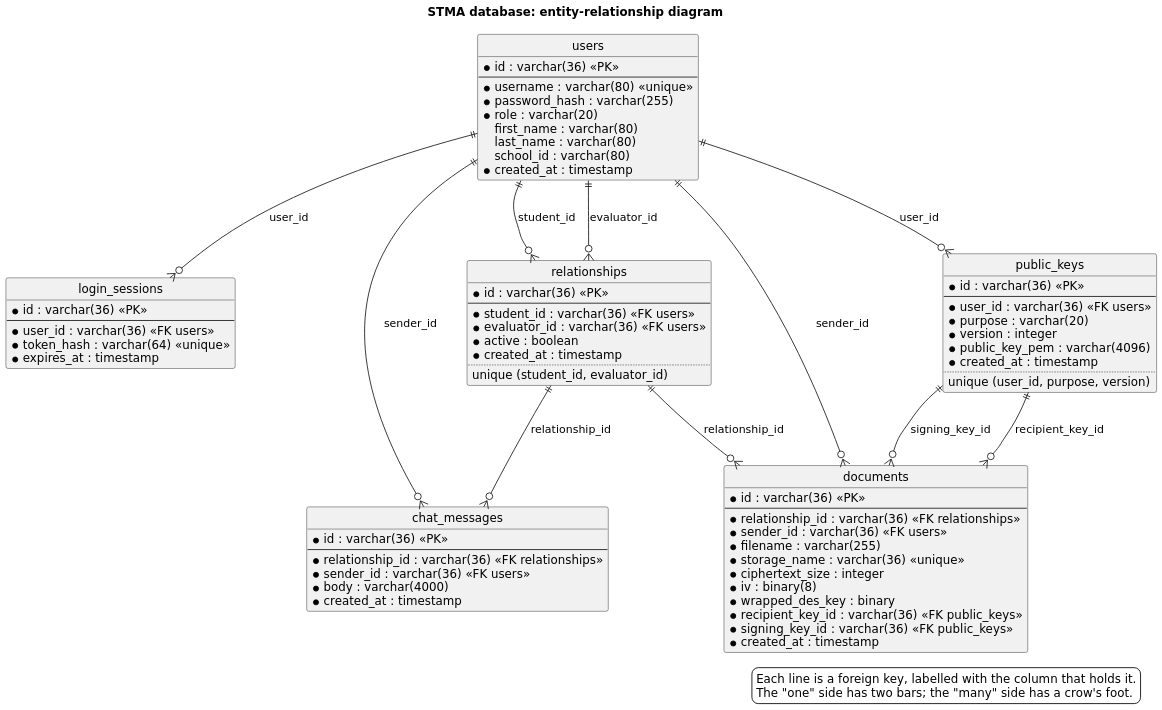
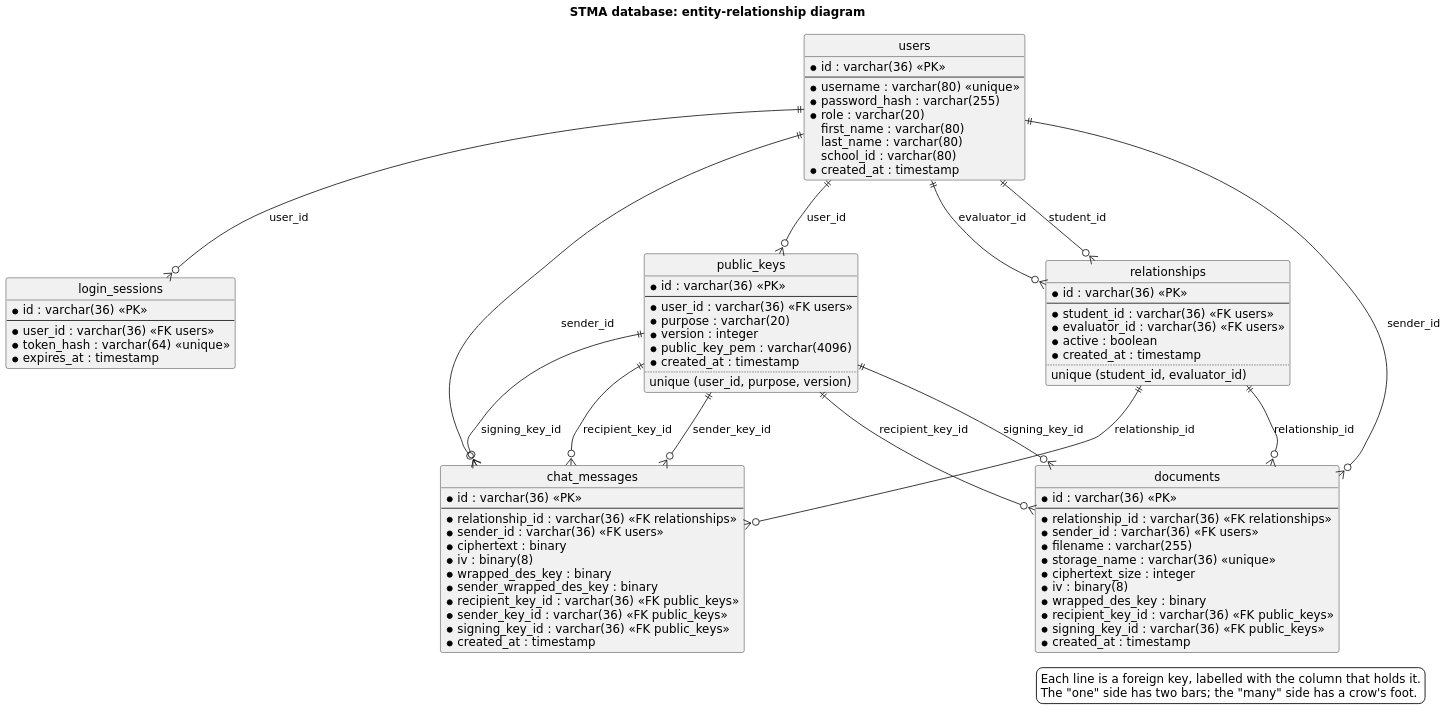
The diagram in docs/diagrams/03-database-er.puml (utku-helvaci/CMPE455), drawn with PlantUML before and after one commit. The commit also changed 18 other files, not shown here.

```diff
--- a/docs/diagrams/03-database-er.puml
+++ b/docs/diagrams/03-database-er.puml
@@ -1,94 +1,103 @@
 @startuml 03-database-er
 skinparam dpi 150
 skinparam shadowing false
 skinparam backgroundColor white
 skinparam defaultFontName DejaVu Sans
 skinparam nodesep 70
 skinparam ranksep 70
 hide circle
 hide methods
 title STMA database: entity-relationship diagram
 
 entity users {
   * id : varchar(36) <<PK>>
   --
   * username : varchar(80) <<unique>>
   * password_hash : varchar(255)
   * role : varchar(20)
   first_name : varchar(80)
   last_name : varchar(80)
   school_id : varchar(80)
   * created_at : timestamp
 }
 
 entity login_sessions {
   * id : varchar(36) <<PK>>
   --
   * user_id : varchar(36) <<FK users>>
   * token_hash : varchar(64) <<unique>>
   * expires_at : timestamp
 }
 
 entity relationships {
   * id : varchar(36) <<PK>>
   --
   * student_id : varchar(36) <<FK users>>
   * evaluator_id : varchar(36) <<FK users>>
   * active : boolean
   * created_at : timestamp
   ..
   unique (student_id, evaluator_id)
 }
 
 entity public_keys {
   * id : varchar(36) <<PK>>
   --
   * user_id : varchar(36) <<FK users>>
   * purpose : varchar(20)
   * version : integer
   * public_key_pem : varchar(4096)
   * created_at : timestamp
   ..
   unique (user_id, purpose, version)
 }
 
 entity chat_messages {
   * id : varchar(36) <<PK>>
   --
   * relationship_id : varchar(36) <<FK relationships>>
   * sender_id : varchar(36) <<FK users>>
-  * body : varchar(4000)
+  * ciphertext : binary
+  * iv : binary(8)
+  * wrapped_des_key : binary
+  * sender_wrapped_des_key : binary
+  * recipient_key_id : varchar(36) <<FK public_keys>>
+  * sender_key_id : varchar(36) <<FK public_keys>>
+  * signing_key_id : varchar(36) <<FK public_keys>>
   * created_at : timestamp
 }
 
 entity documents {
   * id : varchar(36) <<PK>>
   --
   * relationship_id : varchar(36) <<FK relationships>>
   * sender_id : varchar(36) <<FK users>>
   * filename : varchar(255)
   * storage_name : varchar(36) <<unique>>
   * ciphertext_size : integer
   * iv : binary(8)
   * wrapped_des_key : binary
   * recipient_key_id : varchar(36) <<FK public_keys>>
   * signing_key_id : varchar(36) <<FK public_keys>>
   * created_at : timestamp
 }
 
 users ||--o{ login_sessions : "user_id"
 users ||--o{ public_keys : "user_id"
 users ||--o{ relationships : "student_id"
 users ||--o{ relationships : "evaluator_id"
 relationships ||--o{ chat_messages : "relationship_id"
 relationships ||--o{ documents : "relationship_id"
 users ||--o{ chat_messages : "sender_id"
 users ||--o{ documents : "sender_id"
 public_keys ||--o{ documents : "recipient_key_id"
 public_keys ||--o{ documents : "signing_key_id"
+public_keys ||--o{ chat_messages : "recipient_key_id"
+public_keys ||--o{ chat_messages : "sender_key_id"
+public_keys ||--o{ chat_messages : "signing_key_id"
 
 legend bottom right
   Each line is a foreign key, labelled with the column that holds it.
   The "one" side has two bars; the "many" side has a crow's foot.
 endlegend
 @enduml
```
